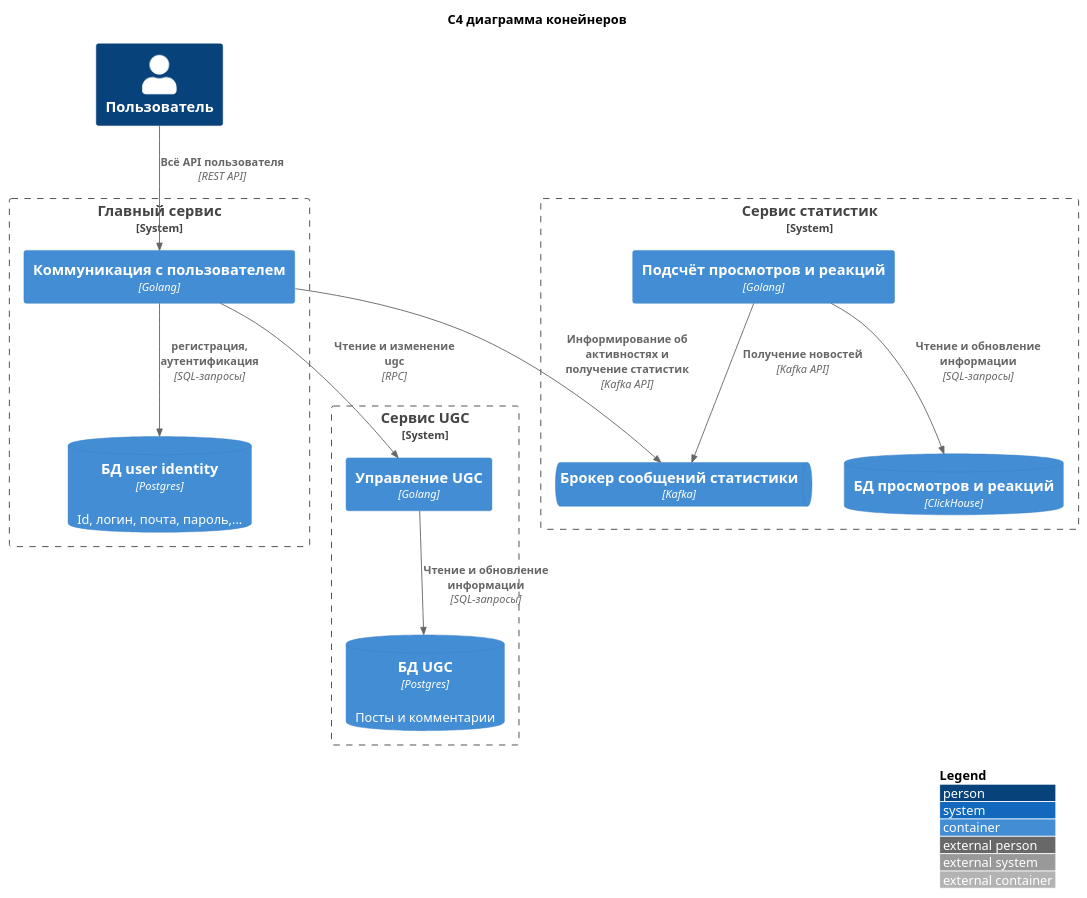
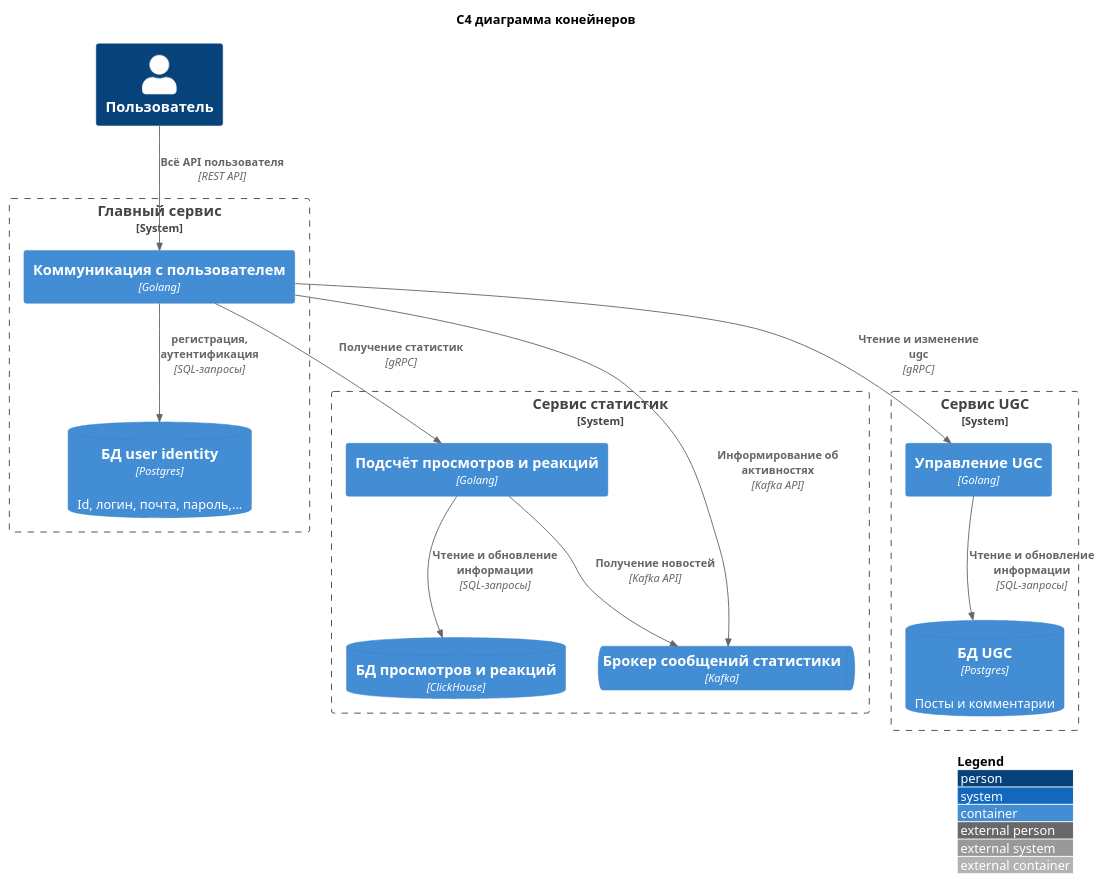
One commit to sermir2003/my-tiny-social-network changed the diagram in docs/c4d-containers.plantuml. Above: the diagram before and after it, drawn with PlantUML. The commit also changed 4 other files, not shown here.

Commit message:
improved diagrams

```diff
--- a/docs/c4d-containers.plantuml
+++ b/docs/c4d-containers.plantuml
@@ -1,37 +1,40 @@
 @startuml c4d-systems
 !include https://raw.githubusercontent.com/plantuml-stdlib/C4-PlantUML/master/C4_Container.puml
 
 skinparam wrapWidth 300
 LAYOUT_WITH_LEGEND()
+' skinparam linetype ortho
+LAYOUT_TOP_DOWN()
 
 title
     C4 диаграмма конейнеров
 end title
 
 System_Boundary(main, "Главный сервис") {
     Container(main_core, "Коммуникация с пользователем", "Golang")
     ContainerDb(users_db, "БД user identity", "Postgres", "Id, логин, почта, пароль,...")
     Rel(main_core, users_db, "регистрация, аутентификация", "SQL-запросы")
 }
 
 System_Boundary(stats, "Сервис статистик") {
     ContainerQueue(stats_queue, "Брокер сообщений статистики", "Kafka")
     Container(stats_core, "Подсчёт просмотров и реакций", "Golang")
     ContainerDb(stats_db, "БД просмотров и реакций", "ClickHouse")
     Rel(stats_core, stats_queue, "Получение новостей", "Kafka API")
     Rel(stats_core, stats_db, "Чтение и обновление информации", "SQL-запросы")
 }
 
 System_Boundary(ugc, "Сервис UGC") {
     Container(ugc_core, "Управление UGC", "Golang")
     ContainerDb(ugc_db, "БД UGC", "Postgres", "Посты и комментарии")
     Rel(ugc_core, ugc_db, "Чтение и обновление информации", "SQL-запросы")
 }
 
 Person(user, "Пользователь")
 
 Rel(user, main_core, "Всё API пользователя", "REST API")
-Rel(main_core, stats_queue, "Информирование об активностях и получение статистик", "Kafka API")
-Rel(main_core, ugc_core, "Чтение и изменение ugc", "RPC")
+Rel(main_core, stats_queue, "Информирование об активностях", "Kafka API")
+Rel(main_core, ugc_core, "Чтение и изменение ugc", "gRPC")
+Rel(main_core, stats_core, "Получение статистик", "gRPC")
 
 @enduml
```
